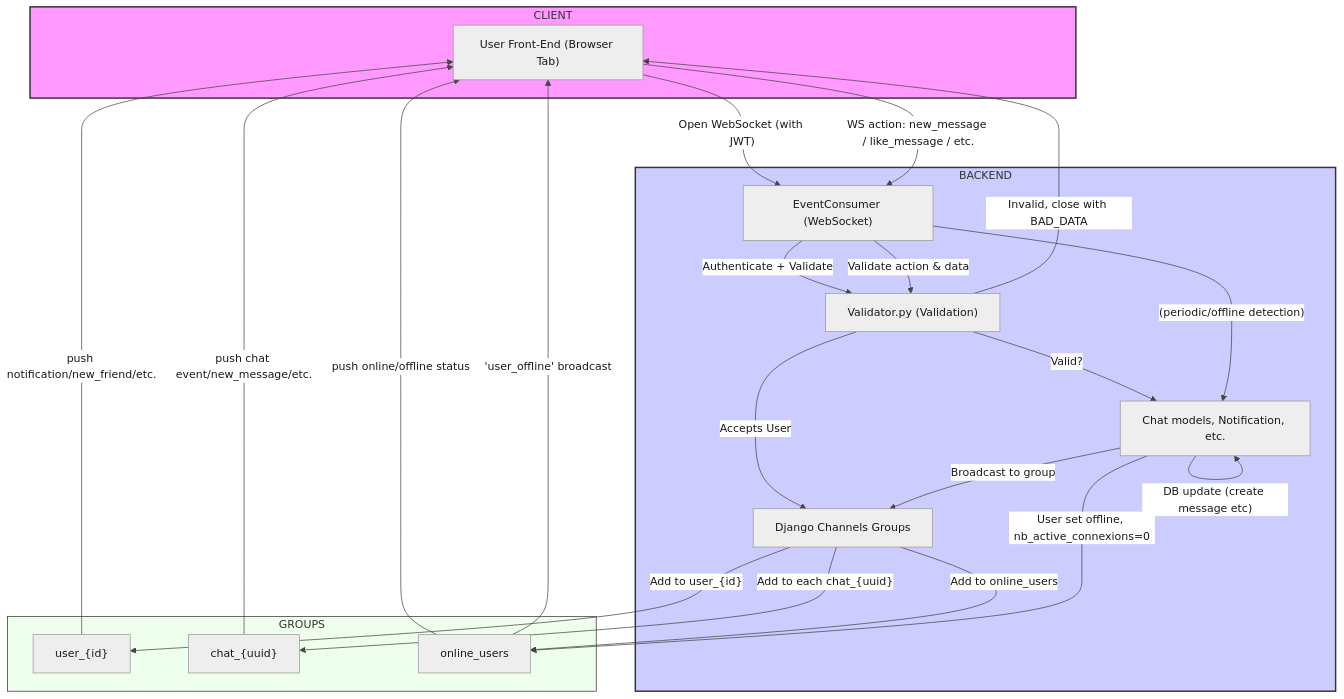
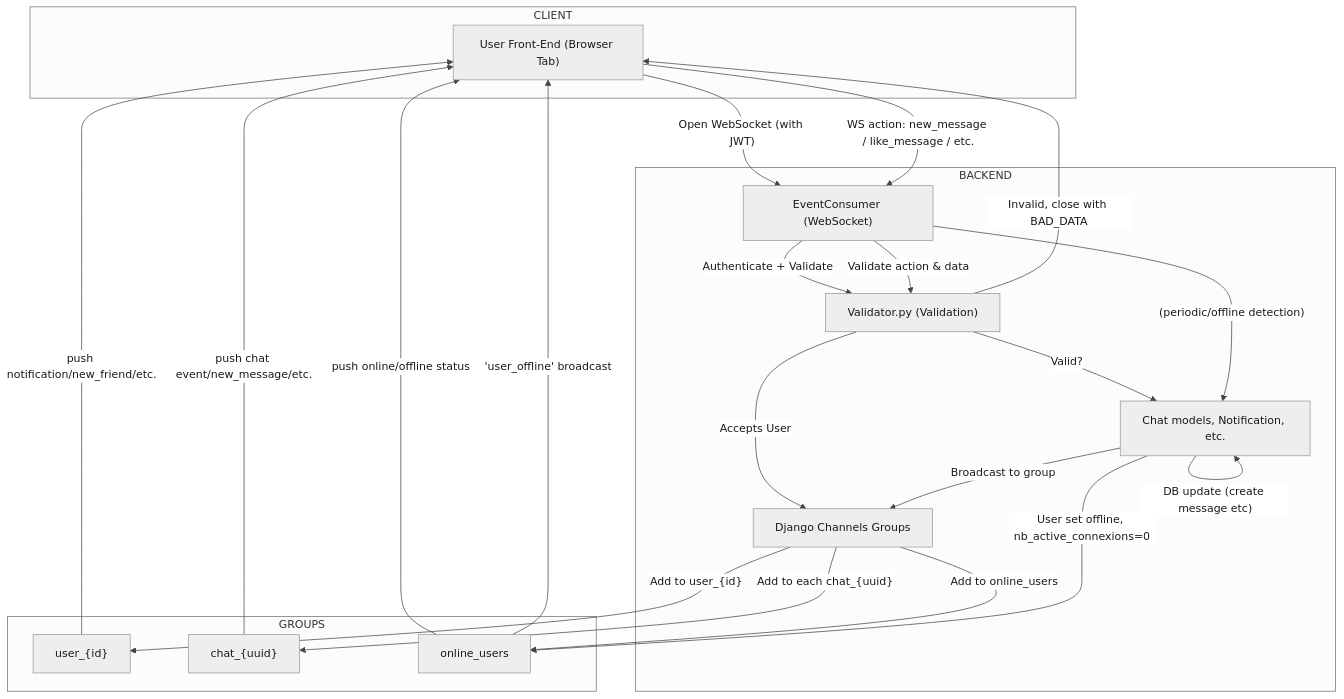
One commit to ysengoku/42-ft_transcendence changed the diagram in doc/server/CHAT.md. Above: the diagram before and after it, drawn with Mermaid.

````diff
--- a/doc/server/CHAT.md
+++ b/doc/server/CHAT.md
@@ -167,70 +167,67 @@
 ```mermaid
 ---
 config:
   layout: dagre
   look: classic
   theme: neutral
   themeVariables:
     lineColor: '#444'
     textColor: '#191919'
     fontSize: 15px
     nodeTextColor: '#000'
     edgeLabelBackground: '#fff'
 ---
 flowchart TD
   %% Clients
   subgraph CLIENT
   A["User Front-End (Browser Tab)"]
   end
 
 
   %% Backend components
   subgraph BACKEND
     B["EventConsumer (WebSocket)"]
     C["Validator.py (Validation)"]
     D[Chat models, Notification, etc.]
     E[Django Channels Groups]
   end
 
   %% WebSocket groups
   subgraph GROUPS
     F["user_{id}"]
     G["chat_{uuid}"]
     H["online_users"]
   end
 
   %% WebSocket handshake
   A -- "Open WebSocket (with JWT)" --> B
 
   %% Join groups after validation
   B -- "Authenticate + Validate" --> C
   C -- "Accepts User" --> E
   E -- "Add to user_{id}" --> F
   E -- "Add to online_users" --> H
   E -- "Add to each chat_{uuid}" --> G
 
   %% Real-time message flow
   A -- "WS action: new_message / like_message / etc." --> B
   B -- "Validate action & data" --> C
   C -- "Valid?" --> D
   D -- "DB update (create message etc)" --> D
   D -- "Broadcast to group" --> E
 
   %% Group broadcasts back to clients
   F -- "push notification/new_friend/etc." --> A
   G -- "push chat event/new_message/etc." --> A
   H -- "push online/offline status" --> A
 
   %% Error/Validation fails
   C -- "Invalid, close with BAD_DATA" --> A
 
   %% Crontab/Inactive disconnect
   B -- "(periodic/offline detection)" --> D
   D -- "User set offline, nb_active_connexions=0" --> H
   H -- "'user_offline' broadcast" --> A
 
-  %% Styling
-  style CLIENT fill:#f9f,stroke:#333,stroke-width:2px
-  style BACKEND fill:#ccf,stroke:#333,stroke-width:2px
-  style GROUPS fill:#efe,stroke:#333,stroke-width:1px
+
 ```
````
